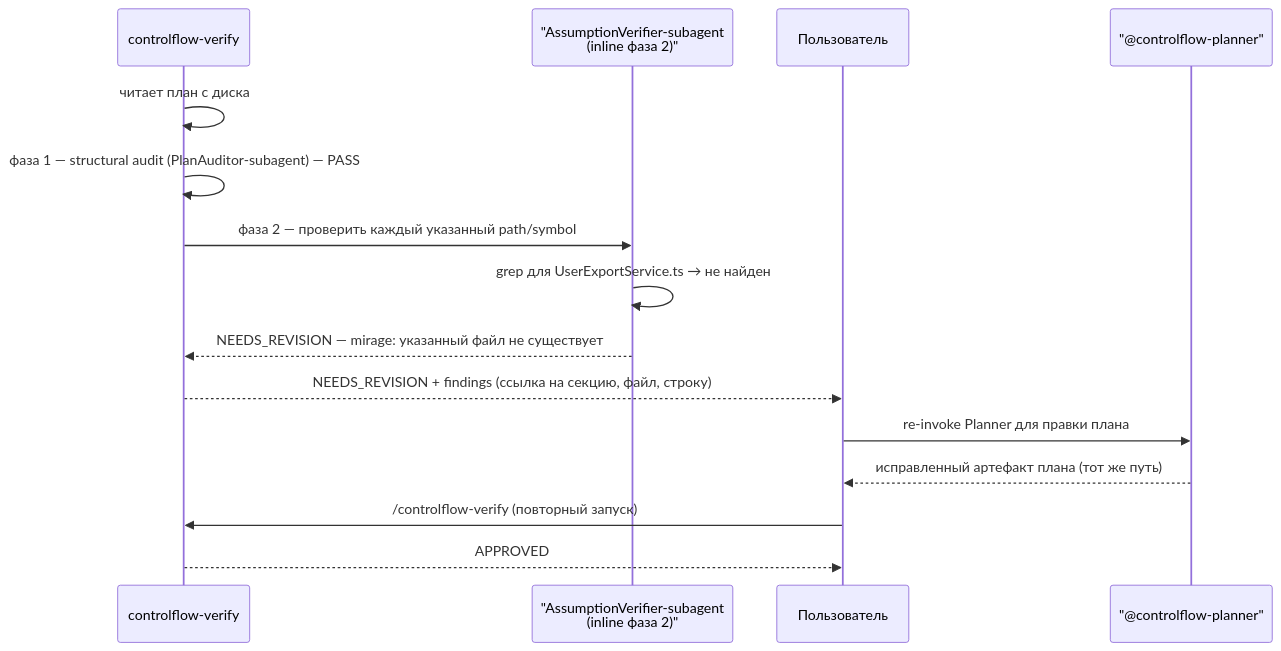
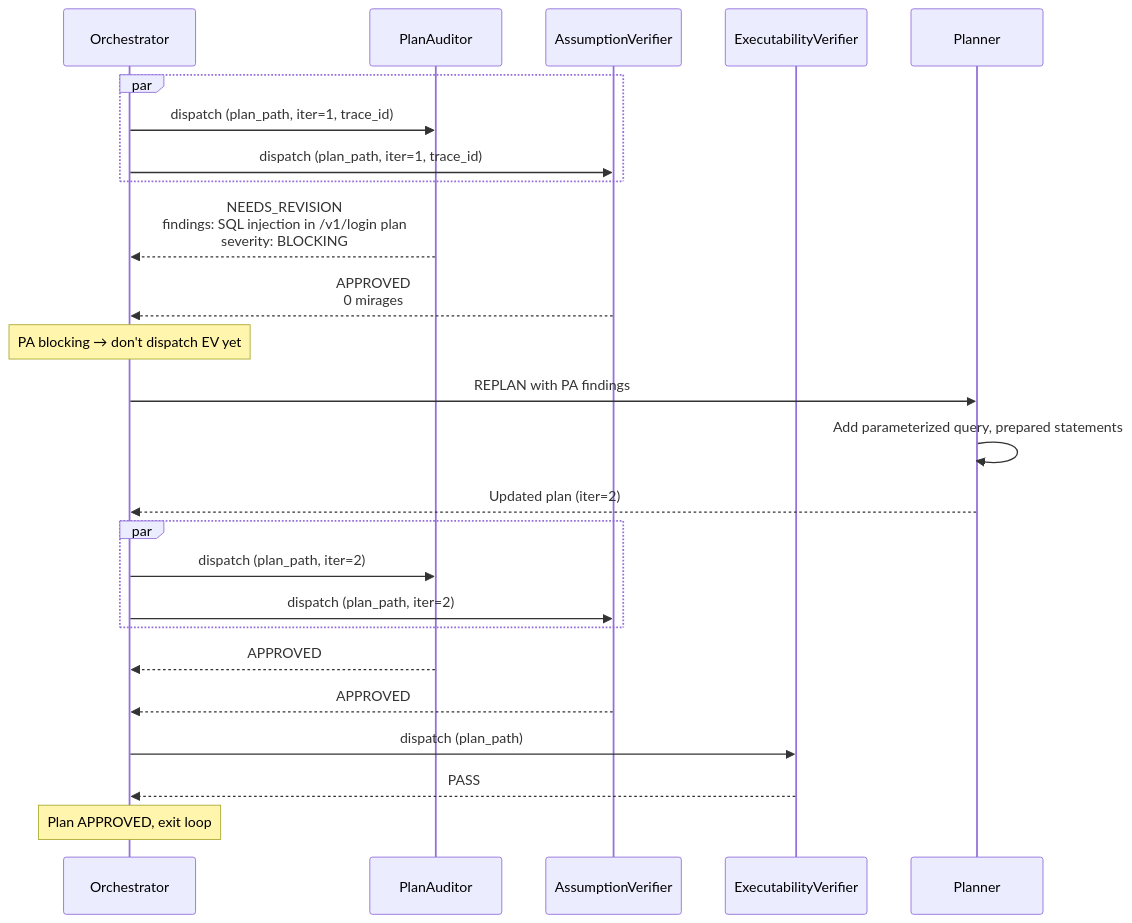
One commit to Smithbox-ai/ControlFlow changed the third of 4 diagrams in docs/tutorial-ru/15-case-studies.md. Above: the diagram before and after it, drawn with Mermaid. The commit also changed other lines of this file and 416 other files, not shown here.

````diff
--- a/docs/tutorial-ru/15-case-studies.md
+++ b/docs/tutorial-ru/15-case-studies.md
@@ -87,18 +86,28 @@
 ```mermaid
 sequenceDiagram
-    participant V as controlflow-verify
-    participant AV as "AssumptionVerifier-subagent<br/>(inline фаза 2)"
-    participant U as Пользователь
-    participant P as "@controlflow-planner"
+    participant O as Orchestrator
+    participant PA as PlanAuditor
+    participant AV as AssumptionVerifier
+    participant EV as ExecutabilityVerifier
+    participant P as Planner
 
-    V->>V: читает план с диска
-    V->>V: фаза 1 — structural audit (PlanAuditor-subagent) — PASS
-    V->>AV: фаза 2 — проверить каждый указанный path/symbol
-    AV->>AV: grep для UserExportService.ts → не найден
-    AV-->>V: NEEDS_REVISION — mirage: указанный файл не существует
-    V-->>U: NEEDS_REVISION + findings (ссылка на секцию, файл, строку)
-    U->>P: re-invoke Planner для правки плана
-    P-->>U: исправленный артефакт плана (тот же путь)
-    U->>V: /controlflow-verify (повторный запуск)
-    V-->>U: APPROVED
+    par
+        O->>PA: dispatch (plan_path, iter=1, trace_id)
+        O->>AV: dispatch (plan_path, iter=1, trace_id)
+    end
+    PA-->>O: NEEDS_REVISION<br/>findings: SQL injection in /v1/login plan<br/>severity: BLOCKING
+    AV-->>O: APPROVED<br/>0 mirages
+    Note over O: PA blocking → don't dispatch EV yet
+    O->>P: REPLAN with PA findings
+    P->>P: Add parameterized query, prepared statements
+    P-->>O: Updated plan (iter=2)
+    par
+        O->>PA: dispatch (plan_path, iter=2)
+        O->>AV: dispatch (plan_path, iter=2)
+    end
+    PA-->>O: APPROVED
+    AV-->>O: APPROVED
+    O->>EV: dispatch (plan_path)
+    EV-->>O: PASS
+    Note over O: Plan APPROVED, exit loop
 ```
````
